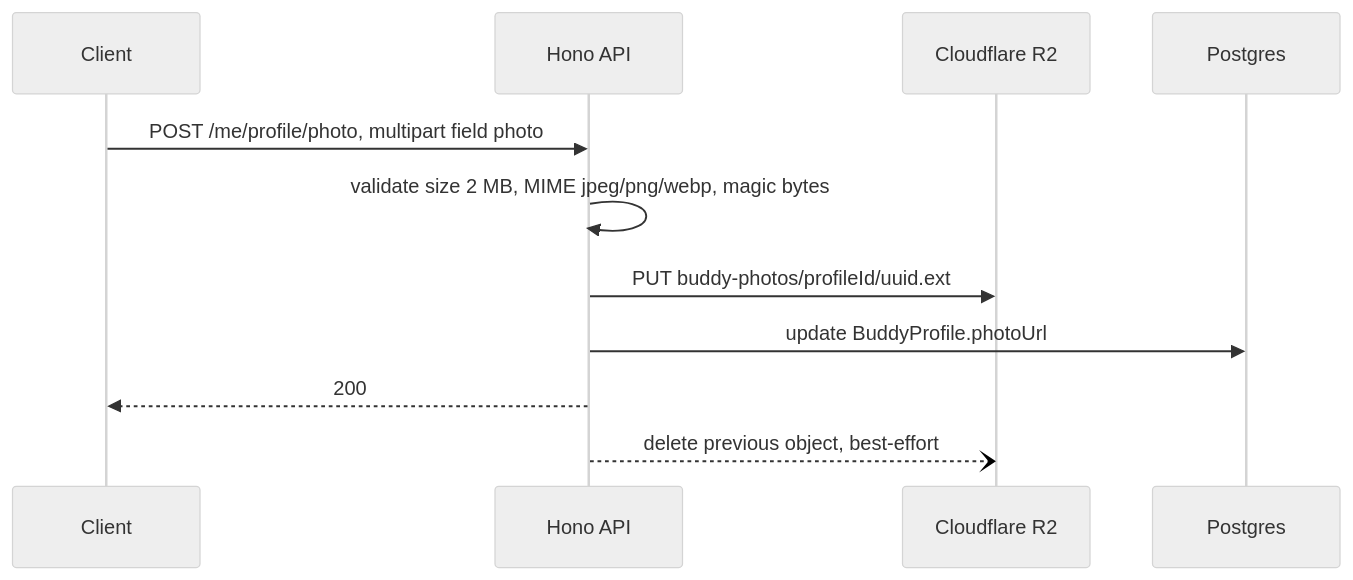
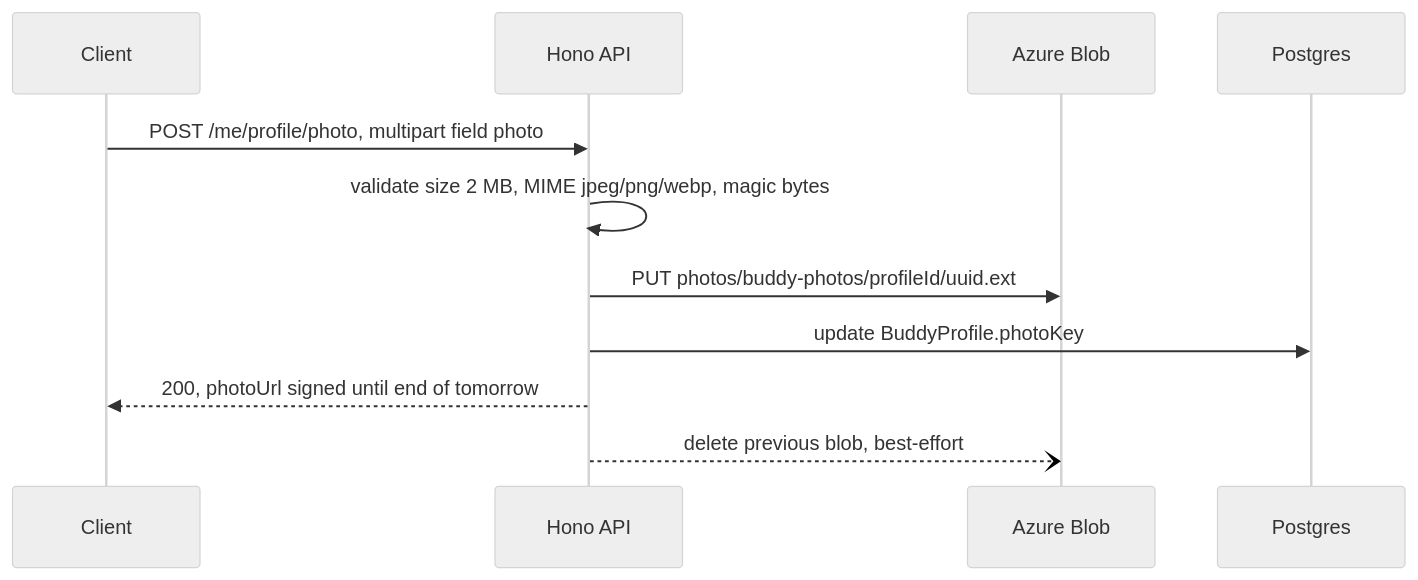
The fourth of 8 diagrams in docs/architecture.md (Lynns0416/buddy-app-copy), drawn with Mermaid (neutral theme) before and after one commit. The commit also changed other lines of this file and 28 other files, not shown here.

First line of the commit message:
Infra/154 porting photo service from r2 to azure blob (#192)

````diff
--- a/docs/architecture.md
+++ b/docs/architecture.md
@@ -196,14 +190,14 @@
 ```mermaid
 sequenceDiagram
     participant C as Client
     participant A as Hono API
-    participant R as Cloudflare R2
+    participant B as Azure Blob
     participant D as Postgres
 
     C->>A: POST /me/profile/photo, multipart field photo
     A->>A: validate size 2 MB, MIME jpeg/png/webp, magic bytes
-    A->>R: PUT buddy-photos/profileId/uuid.ext
-    A->>D: update BuddyProfile.photoUrl
-    A-->>C: 200
-    A--)R: delete previous object, best-effort
+    A->>B: PUT photos/buddy-photos/profileId/uuid.ext
+    A->>D: update BuddyProfile.photoKey
+    A-->>C: 200, photoUrl signed until end of tomorrow
+    A--)B: delete previous blob, best-effort
 ```
````
